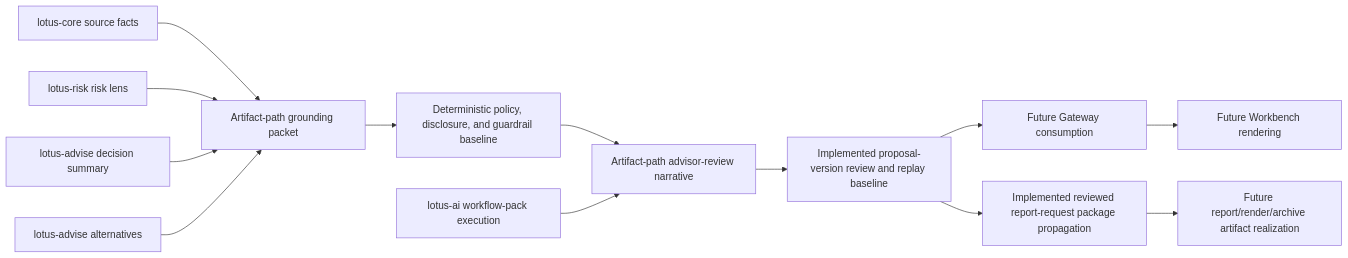
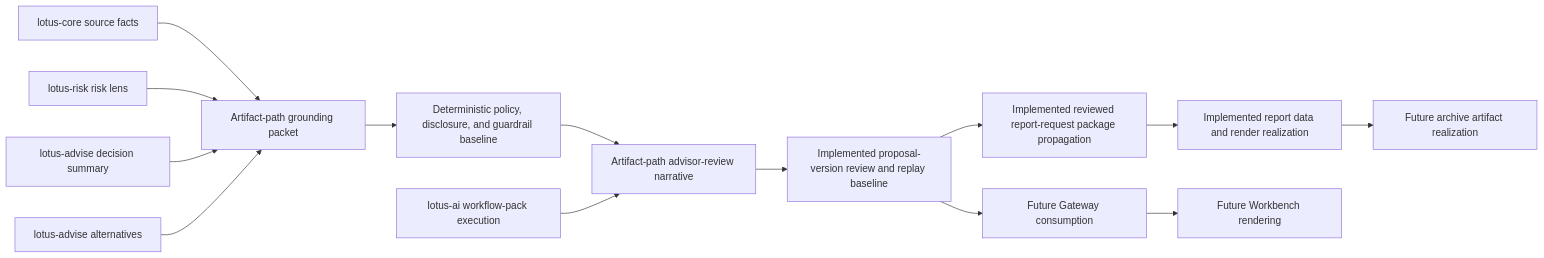
One commit to sgajbi/lotus-advise changed the second of 3 diagrams in wiki/Supported-Features.md. Above: the diagram before and after it, drawn with Mermaid. The commit also changed other lines of this file and 10 other files, not shown here.

First line of the commit message:
docs: close RFC-0023 report render realization truth

````diff
--- a/wiki/Supported-Features.md
+++ b/wiki/Supported-Features.md
@@ -66,15 +66,16 @@
 ```mermaid
 flowchart LR
     Core[lotus-core source facts] --> Grounding[Artifact-path grounding packet]
     Risk[lotus-risk risk lens] --> Grounding
     Decision[lotus-advise decision summary] --> Grounding
     Alternatives[lotus-advise alternatives] --> Grounding
     Grounding --> Policy[Deterministic policy, disclosure, and guardrail baseline]
     Policy --> Narrative[Artifact-path advisor-review narrative]
     AI[lotus-ai workflow-pack execution] --> Narrative
     Narrative --> Review[Implemented proposal-version review and replay baseline]
+    Review --> Report[Implemented reviewed report-request package propagation]
+    Report --> Render[Implemented report data and render realization]
+    Render --> Archive[Future archive artifact realization]
     Review --> Gateway[Future Gateway consumption]
     Gateway --> Workbench[Future Workbench rendering]
-    Review --> Report[Implemented reviewed report-request package propagation]
-    Report --> Artifact[Future report/render/archive artifact realization]
 ```
````
